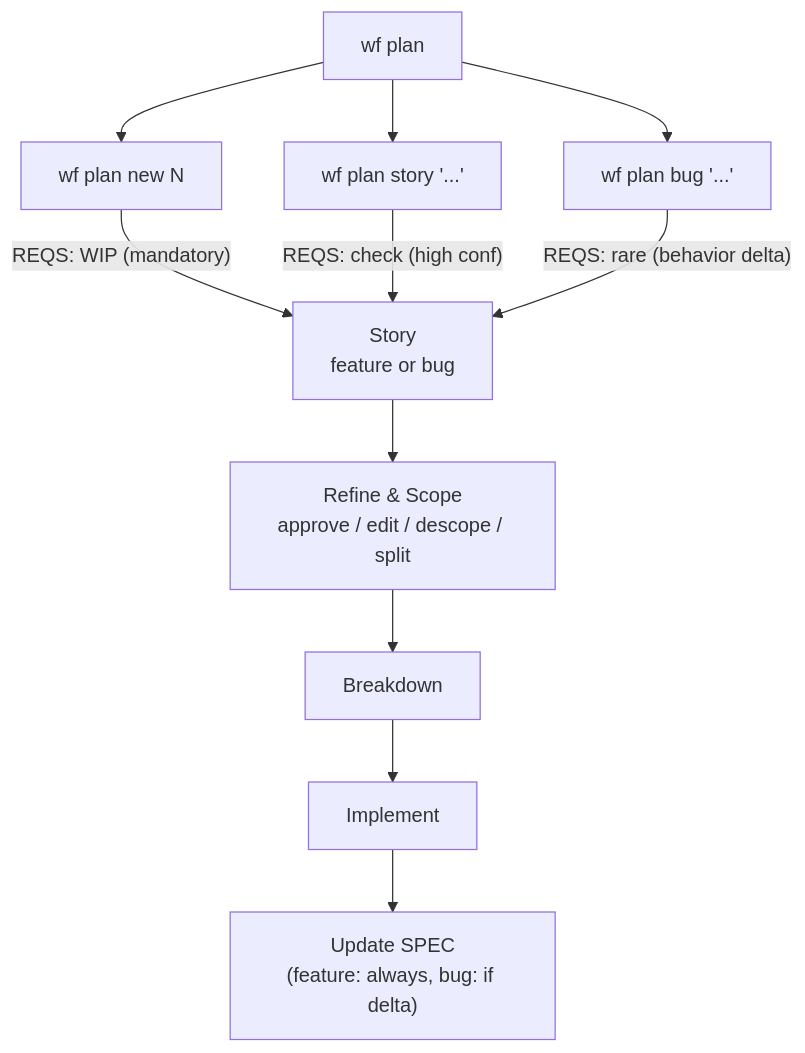
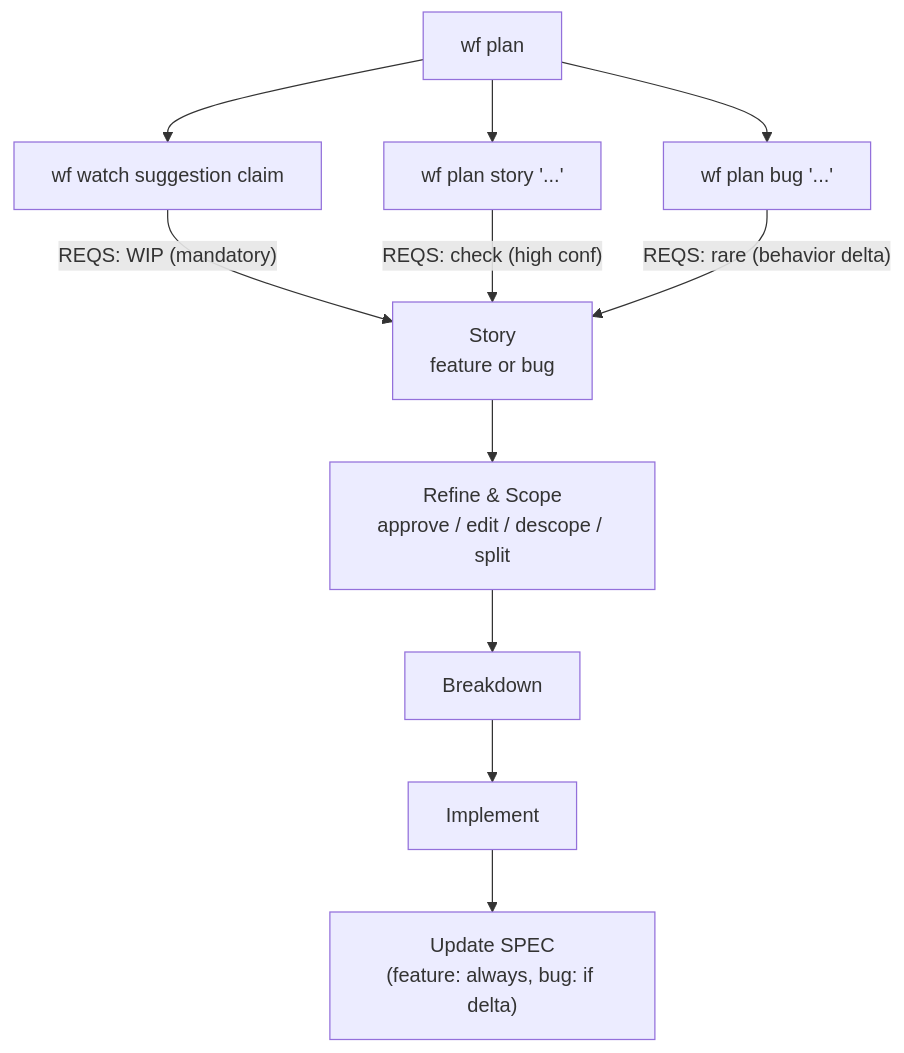
Before and after one commit to codr1/hashd-code: the first of 11 diagrams in docs/WF.md, drawn with Mermaid. The commit also changed other lines of this file and 6 other files, not shown here.

````diff
--- a/docs/WF.md
+++ b/docs/WF.md
@@ -47,13 +49,13 @@
 ```mermaid
 flowchart TD
-    A[wf plan] --> B[wf plan new N]
+    A[wf plan] --> B[wf watch suggestion claim]
     A --> C["wf plan story '...'"]
     A --> D["wf plan bug '...'"]
     B -->|"REQS: WIP (mandatory)"| E[Story\nfeature or bug]
     C -->|"REQS: check (high conf)"| E
     D -->|"REQS: rare (behavior delta)"| E
     E --> R["Refine & Scope\napprove / edit / descope / split"]
     R --> F[Breakdown]
     F --> G[Implement]
     G --> H["Update SPEC\n(feature: always, bug: if delta)"]
 ```
````
